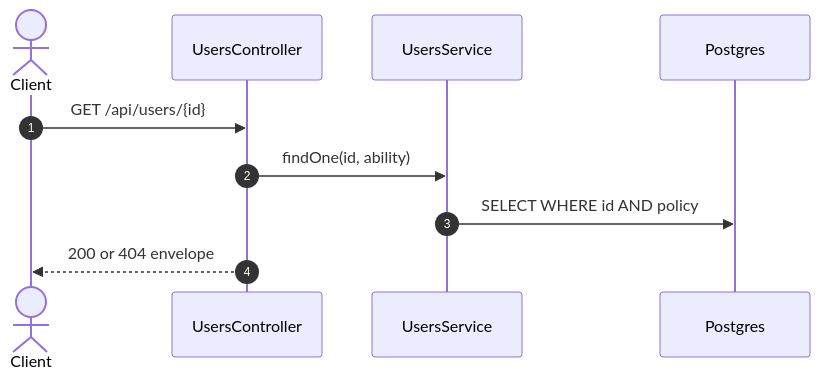
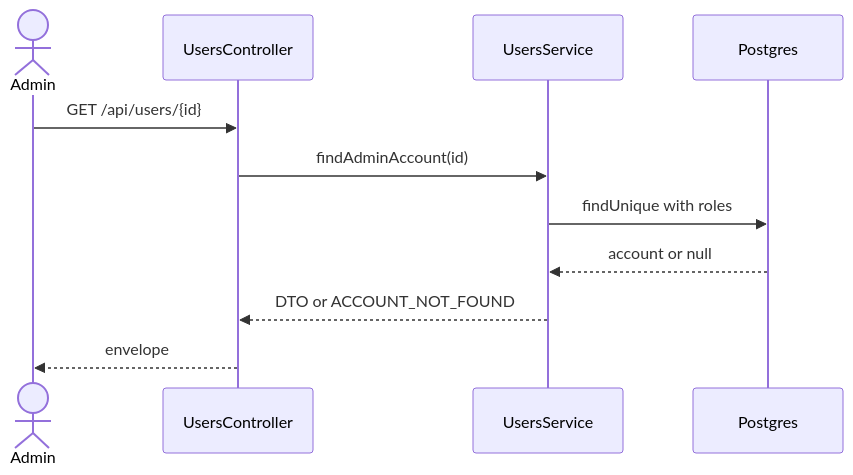
The second of 2 diagrams in specs/auth/api-design/12-get-users-detail.md (TrekLink-Team/treklink-web), drawn with Mermaid before and after one commit. The commit also changed other lines of this file and 13 other files, not shown here.

Commit message:
docs(TK-22): specify admin account management

````diff
--- a/specs/auth/api-design/12-get-users-detail.md
+++ b/specs/auth/api-design/12-get-users-detail.md
@@ -139,12 +89,13 @@
 ```mermaid
 sequenceDiagram
-    autonumber
-    actor Client
+    actor Admin
     participant Controller as UsersController
     participant Service as UsersService
     participant DB as Postgres
-    Client->>Controller: GET /api/users/{id}
-    Controller->>Service: findOne(id, ability)
-    Service->>DB: SELECT WHERE id AND policy
-    Controller-->>Client: 200 or 404 envelope
+    Admin->>Controller: GET /api/users/{id}
+    Controller->>Service: findAdminAccount(id)
+    Service->>DB: findUnique with roles
+    DB-->>Service: account or null
+    Service-->>Controller: DTO or ACCOUNT_NOT_FOUND
+    Controller-->>Admin: envelope
 ```
````
